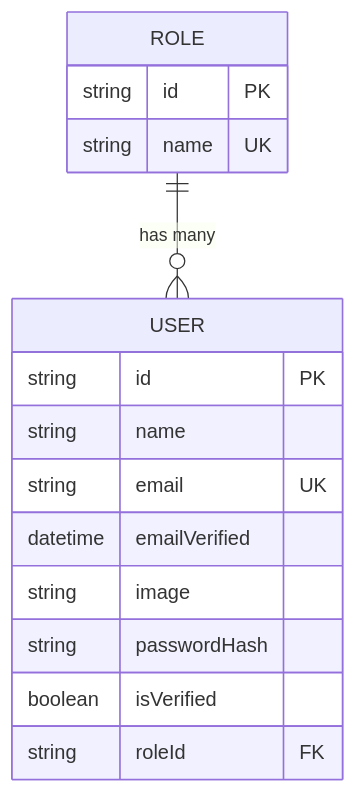
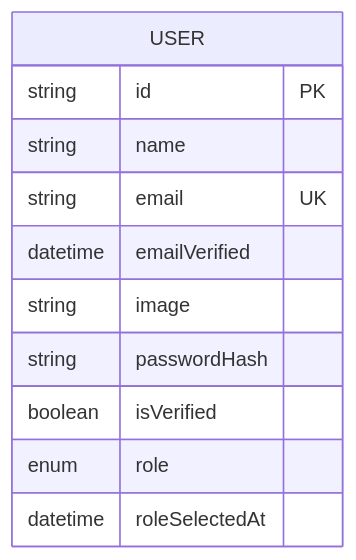
The third of 5 diagrams in src/data/docs/talentsync/Database Design/User Management System.md (tashifkhan/tashif.codes), drawn with Mermaid before and after one commit. The commit also changed other lines of this file and 2128 other files, not shown here.

First line of the commit message:
docs: replace raster diagram images with native Mermaid across project guides

````diff
--- a/src/data/docs/talentsync/Database Design/User Management System.md
+++ b/src/data/docs/talentsync/Database Design/User Management System.md
@@ -164,18 +59,14 @@
 ```mermaid
 erDiagram
-ROLE {
-string id PK
-string name UK
+USER {
+  string id PK
+  string name
+  string email UK
+  datetime emailVerified
+  string image
+  string passwordHash
+  boolean isVerified
+  enum role
+  datetime roleSelectedAt
 }
-USER {
-string id PK
-string name
-string email UK
-datetime emailVerified
-string image
-string passwordHash
-boolean isVerified
-string roleId FK
-}
-ROLE ||--o{ USER : "has many"
 ```
````
